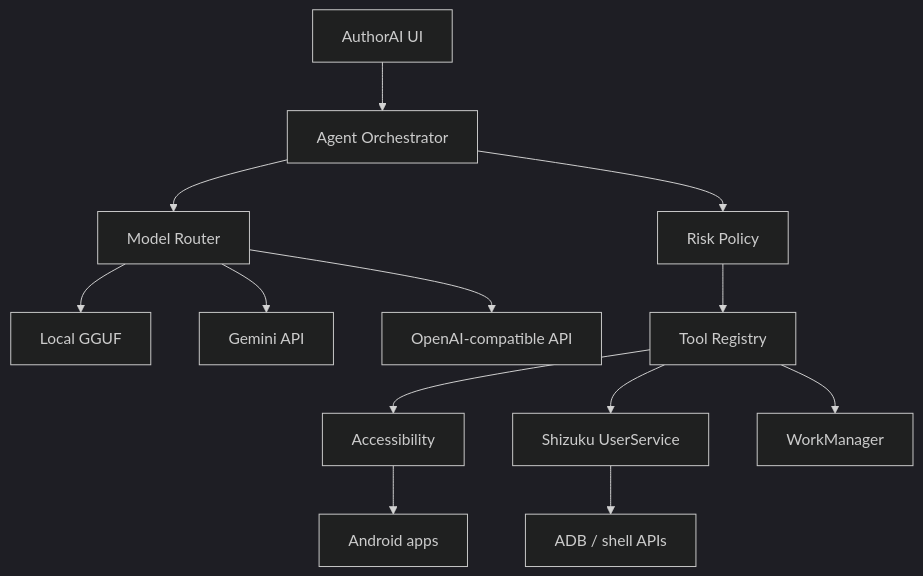
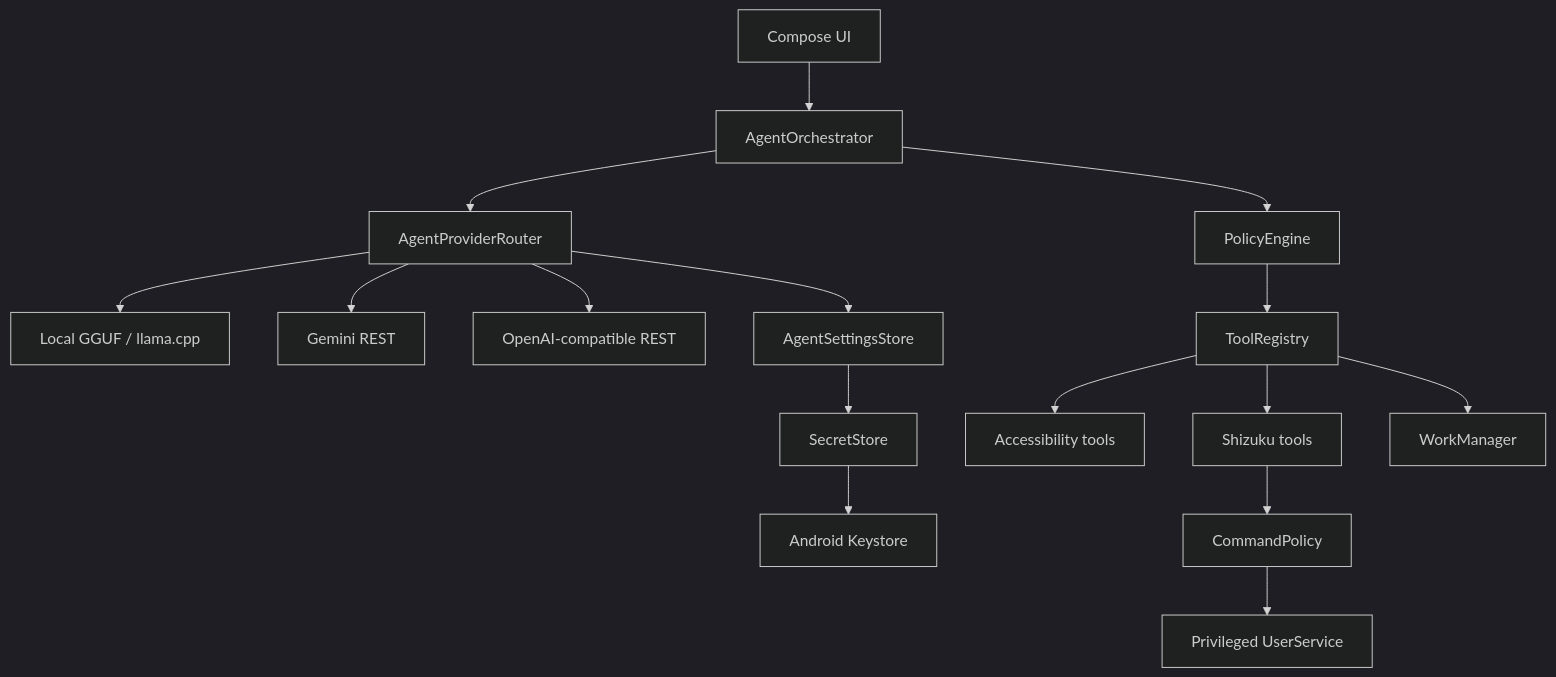
The diagram in README.md (VadymYem/Jarvis), drawn with Mermaid (dark theme) before and after one commit. The commit also changed other lines of this file, not shown here.

````diff
--- a/README.md
+++ b/README.md
@@ -28,15 +29,23 @@
 ```mermaid
 flowchart TD
-    UI["AuthorAI UI"] --> LOOP["Agent Orchestrator"]
-    LOOP --> ROUTER["Model Router"]
-    ROUTER --> LOCAL["Local GGUF"]
-    ROUTER --> GEMINI["Gemini API"]
-    ROUTER --> CLOUD["OpenAI-compatible API"]
-    LOOP --> POLICY["Risk Policy"]
-    POLICY --> TOOLS["Tool Registry"]
-    TOOLS --> A11Y["Accessibility"]
-    TOOLS --> SHI["Shizuku UserService"]
-    TOOLS --> JOBS["WorkManager"]
-    A11Y --> APPS["Android apps"]
-    SHI --> SHELL["ADB / shell APIs"]
+    UI["Compose UI"] --> ORCH["AgentOrchestrator"]
+    ORCH --> ROUTER["AgentProviderRouter"]
+
+    ROUTER --> LOCAL["Local GGUF / llama.cpp"]
+    ROUTER --> GEMINI["Gemini REST"]
+    ROUTER --> OPENAI["OpenAI-compatible REST"]
+
+    ORCH --> POLICY["PolicyEngine"]
+    POLICY --> REGISTRY["ToolRegistry"]
+
+    REGISTRY --> A11Y["Accessibility tools"]
+    REGISTRY --> SHIZUKU["Shizuku tools"]
+    REGISTRY --> WORK["WorkManager"]
+
+    SHIZUKU --> CMD["CommandPolicy"]
+    CMD --> USER["Privileged UserService"]
+
+    SETTINGS["AgentSettingsStore"] --> SECRETS["SecretStore"]
+    SECRETS --> KEYSTORE["Android Keystore"]
+    ROUTER --> SETTINGS
 ```
````
